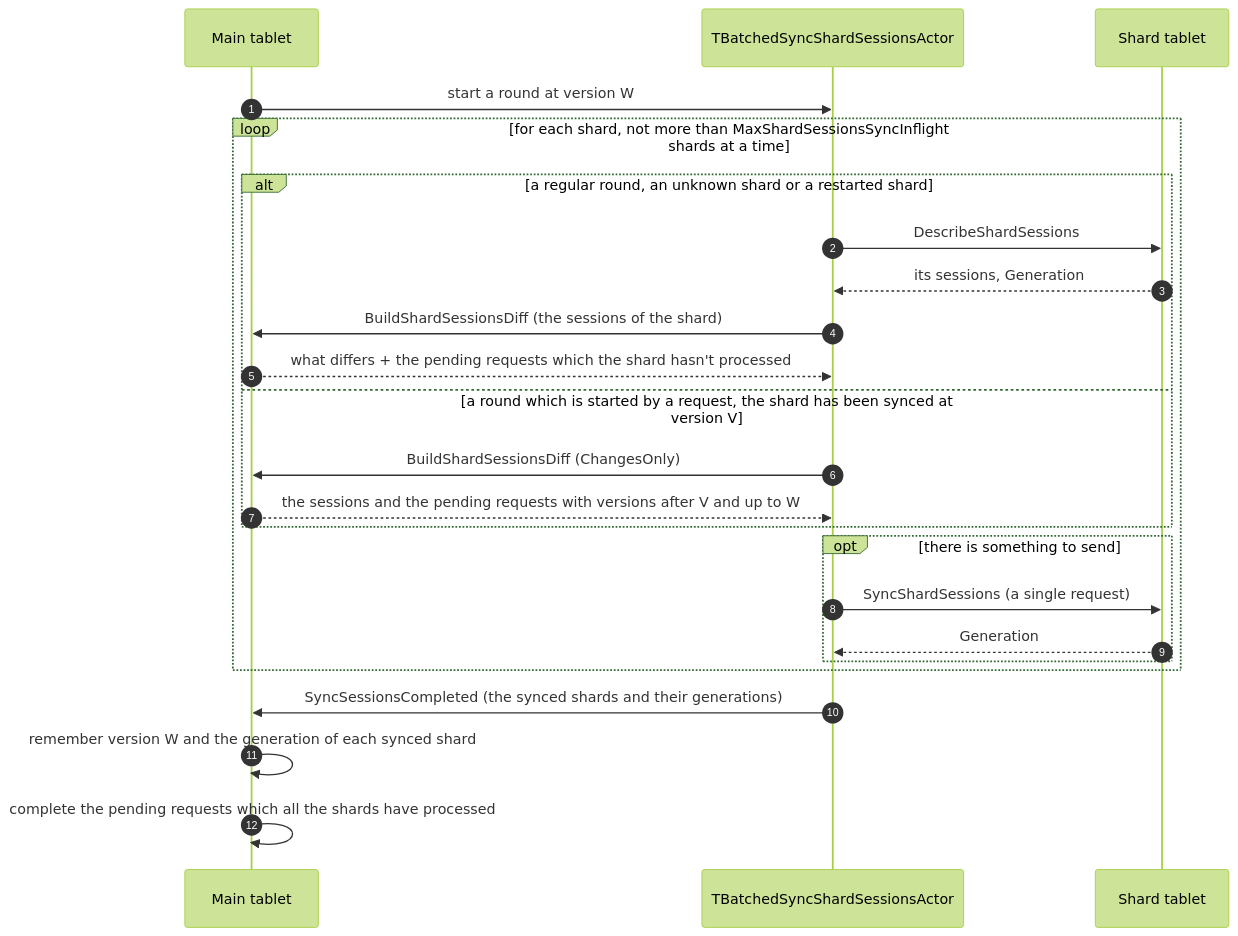
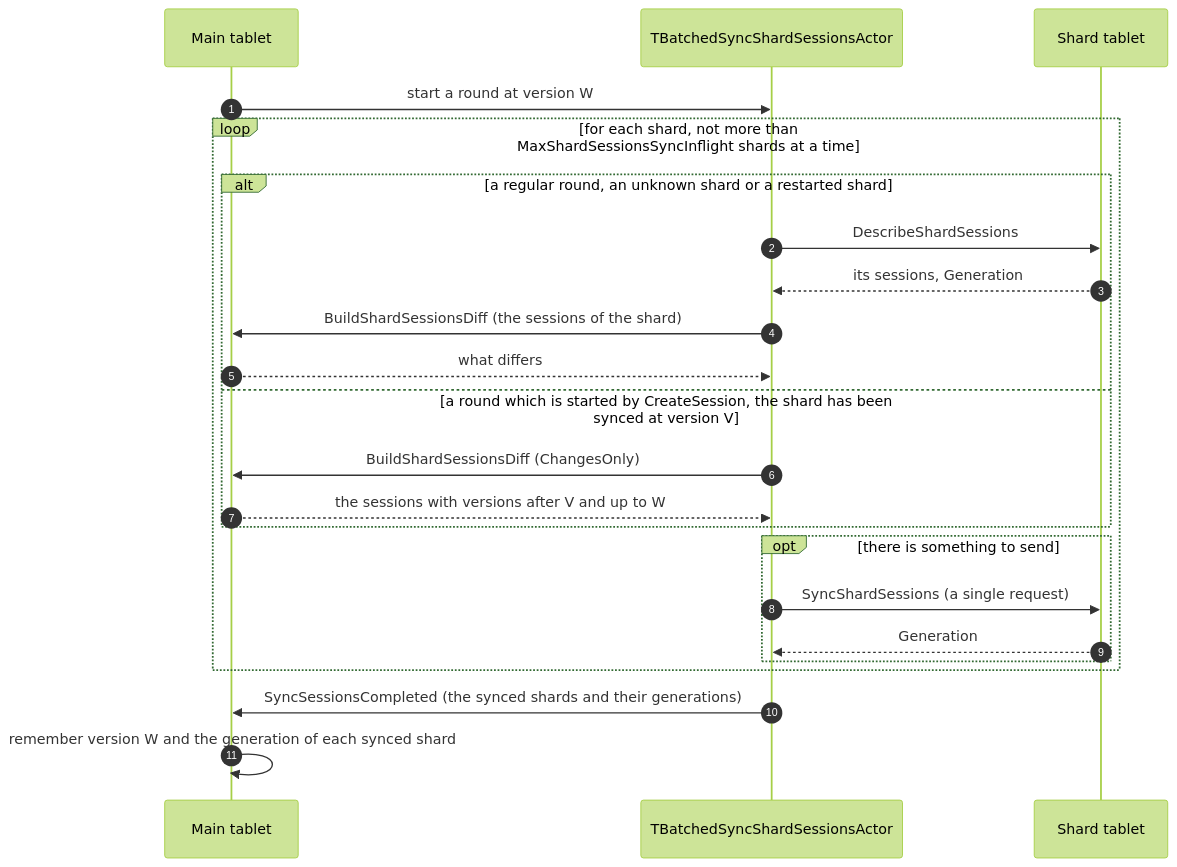
The third of 3 diagrams in doc/filestore/design/lazy_shard_sessions.md (ydb-platform/nbs), drawn with Mermaid (forest theme) before and after one commit. The commit also changed other lines of this file, not shown here.

````diff
--- a/doc/filestore/design/lazy_shard_sessions.md
+++ b/doc/filestore/design/lazy_shard_sessions.md
@@ -128,27 +156,26 @@
 ```mermaid
 sequenceDiagram
     autonumber
     participant M as Main tablet
     participant A as TBatchedSyncShardSessionsActor
     participant S as Shard tablet
 
     M->>A: start a round at version W
     loop for each shard, not more than MaxShardSessionsSyncInflight shards at a time
         alt a regular round, an unknown shard or a restarted shard
             A->>S: DescribeShardSessions
             S-->>A: its sessions, Generation
             A->>M: BuildShardSessionsDiff (the sessions of the shard)
-            M-->>A: what differs + the pending requests which the shard hasn't processed
-        else a round which is started by a request, the shard has been synced at version V
+            M-->>A: what differs
+        else a round which is started by CreateSession, the shard has been synced at version V
             A->>M: BuildShardSessionsDiff (ChangesOnly)
-            M-->>A: the sessions and the pending requests with versions after V and up to W
+            M-->>A: the sessions with versions after V and up to W
         end
         opt there is something to send
             A->>S: SyncShardSessions (a single request)
             S-->>A: Generation
         end
     end
     A->>M: SyncSessionsCompleted (the synced shards and their generations)
     M->>M: remember version W and the generation of each synced shard
-    M->>M: complete the pending requests which all the shards have processed
 ```
````
